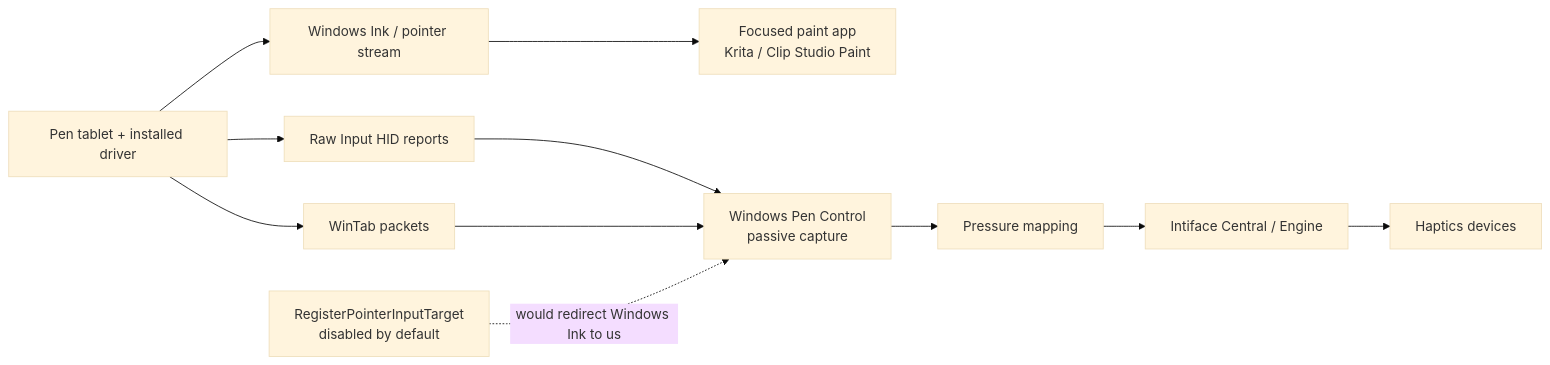
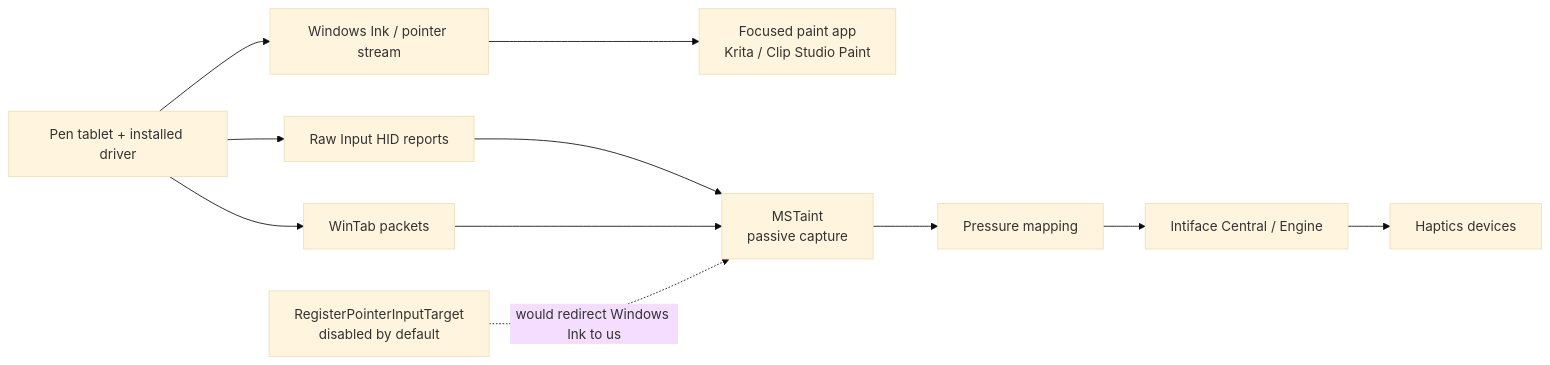
Before and after one commit to qdot/mstaint: the diagram in README.md, drawn with Mermaid (base theme). The commit also changed other lines of this file and 68 other files, not shown here.

````diff
--- a/README.md
+++ b/README.md
@@ -40,16 +48,16 @@
 ```mermaid
 flowchart LR
     Tablet["Pen tablet + installed driver"] --> Ink["Windows Ink / pointer stream"]
     Tablet --> Raw["Raw Input HID reports"]
     Tablet --> WinTab["WinTab packets"]
 
     Ink --> Paint["Focused paint app<br/>Krita / Clip Studio Paint"]
-    Raw --> WPC["Windows Pen Control<br/>passive capture"]
+    Raw --> WPC["MSTaint<br/>passive capture"]
     WinTab --> WPC
 
     WPC --> Mapping["Pressure mapping"]
     Mapping --> Intiface["Intiface Central / Engine"]
     Intiface --> Devices["Haptics devices"]
 
     Redirect["RegisterPointerInputTarget<br/>disabled by default"] -. "would redirect Windows Ink to us" .-> WPC
 ```
````
